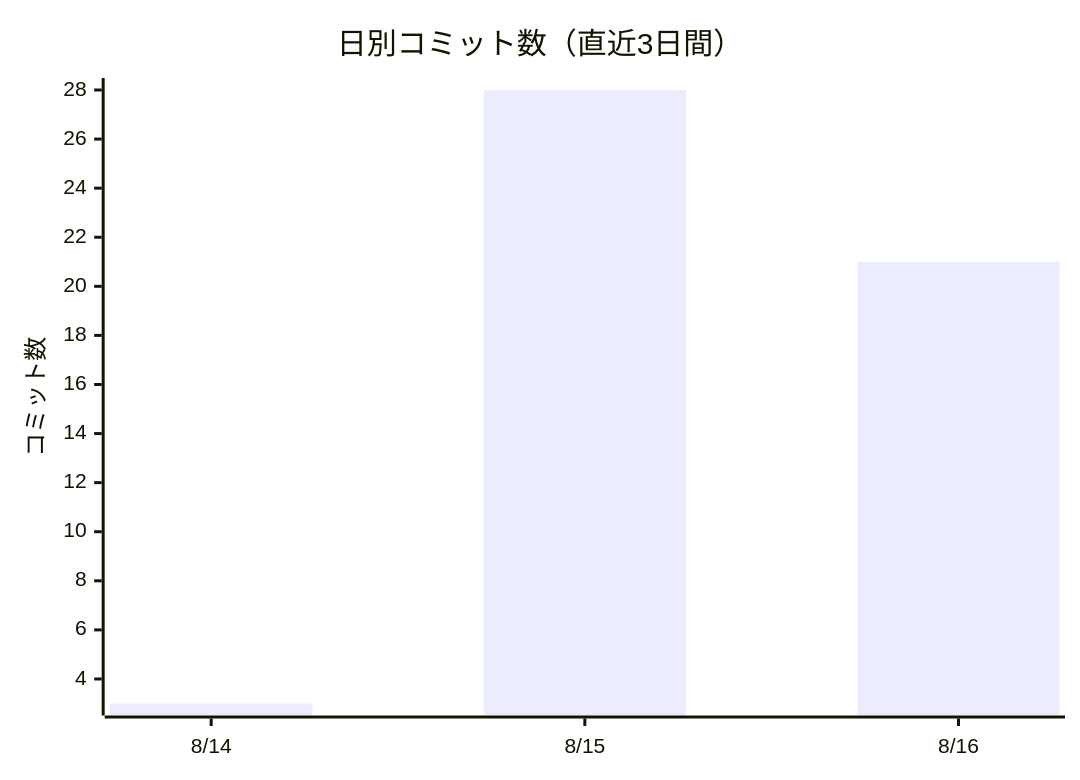
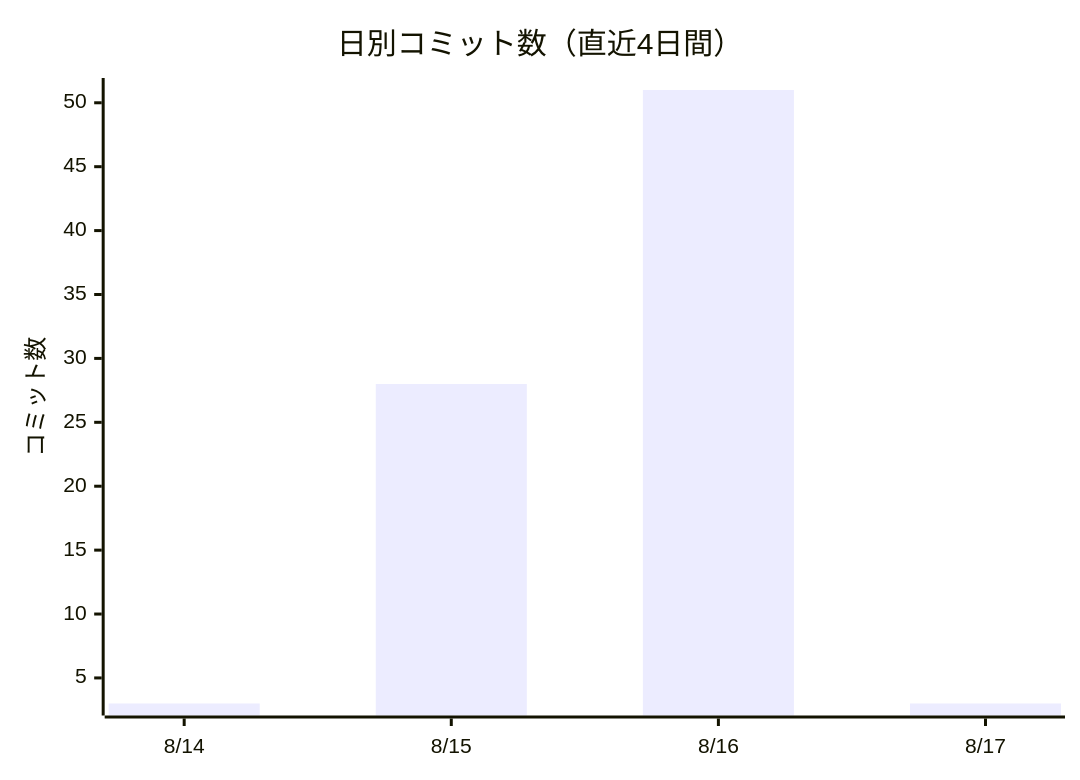
One commit to non-x2/non-x2 changed the first of 2 diagrams in docs/進化レポート.md. Above: the diagram before and after it, drawn with Mermaid. The commit also changed other lines of this file and 1 other file, not shown here.

````diff
--- a/docs/進化レポート.md
+++ b/docs/進化レポート.md
@@ -23,7 +23,7 @@
 ```mermaid
 xychart-beta
-    title "日別コミット数（直近3日間）"
-    x-axis ["8/14", "8/15", "8/16"]
+    title "日別コミット数（直近4日間）"
+    x-axis ["8/14", "8/15", "8/16", "8/17"]
     y-axis "コミット数"
-    bar [3, 28, 21]
+    bar [3, 28, 51, 3]
 ```
````
